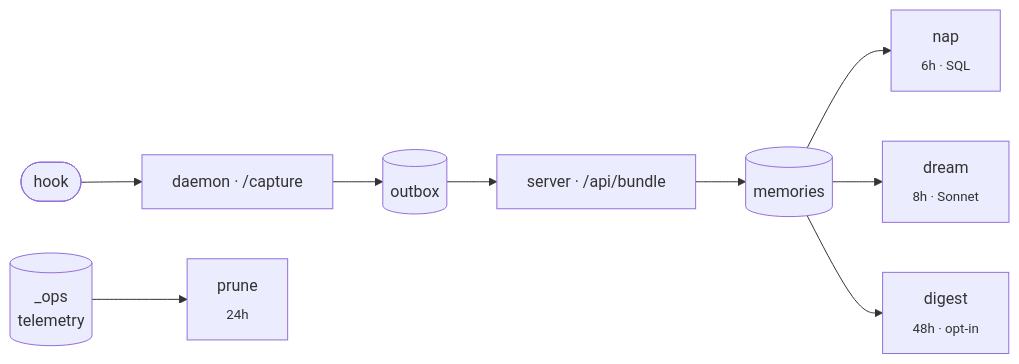
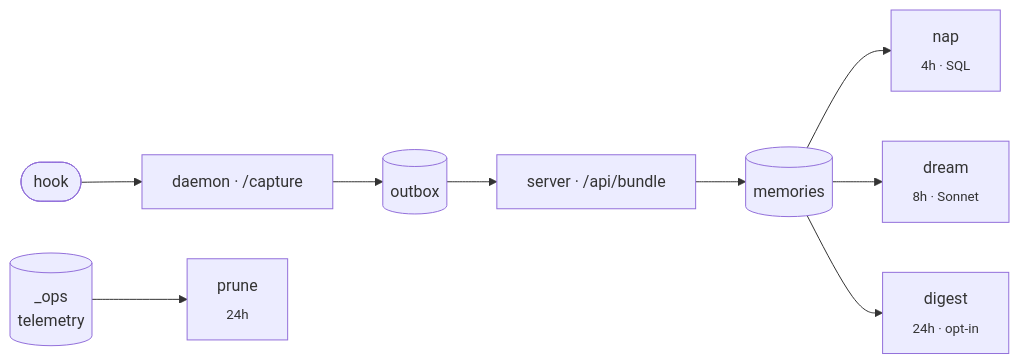
One commit to j10ra/mneme changed the diagram in README.md. Above: the diagram before and after it, drawn with Mermaid. The commit also changed other lines of this file and 4 other files, not shown here.

````diff
--- a/README.md
+++ b/README.md
@@ -41,11 +41,11 @@
 ```mermaid
 flowchart LR
     H([hook]) --> C["daemon · /capture"]
     C --> O[(outbox)]
     O --> B["server · /api/bundle"]
     B --> M[(memories)]
-    M --> N["nap<br/><sub>6h · SQL</sub>"]
+    M --> N["nap<br/><sub>4h · SQL</sub>"]
     M --> D["dream<br/><sub>8h · Sonnet</sub>"]
-    M --> G["digest<br/><sub>48h · opt-in</sub>"]
+    M --> G["digest<br/><sub>24h · opt-in</sub>"]
     T[("_ops<br/>telemetry")] --> P["prune<br/><sub>24h</sub>"]
 ```
````
